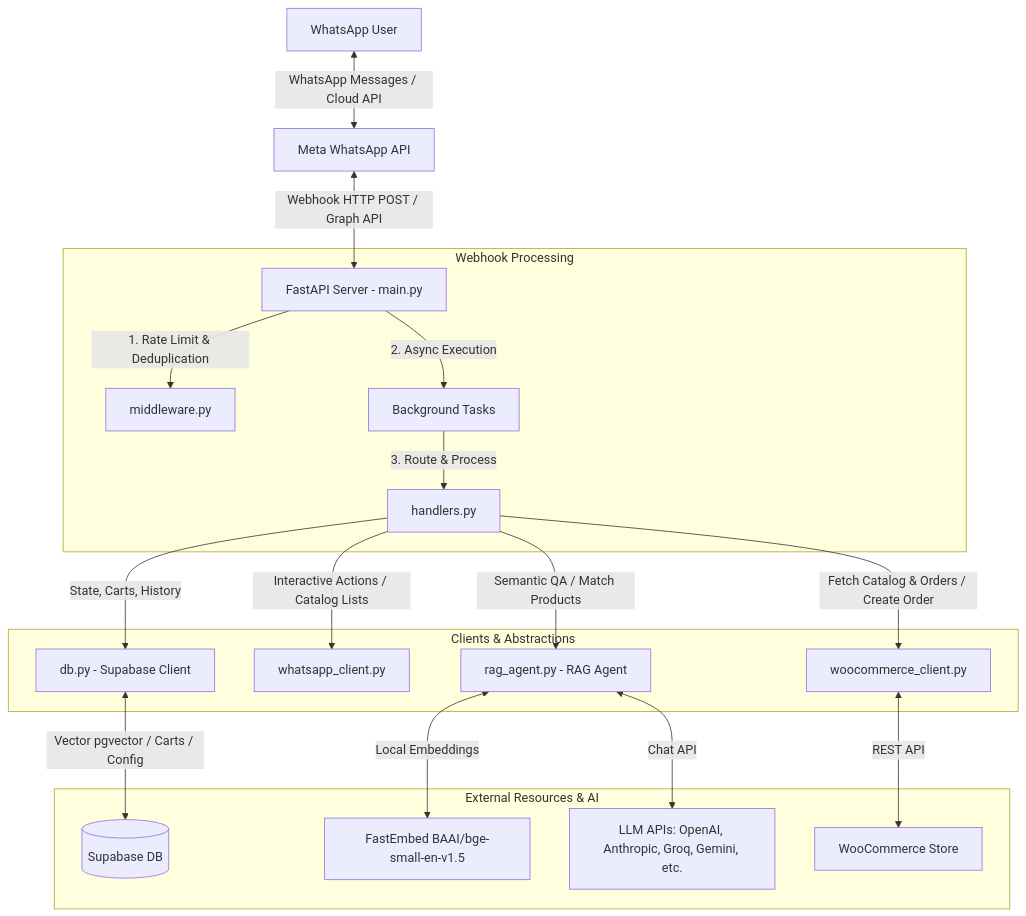
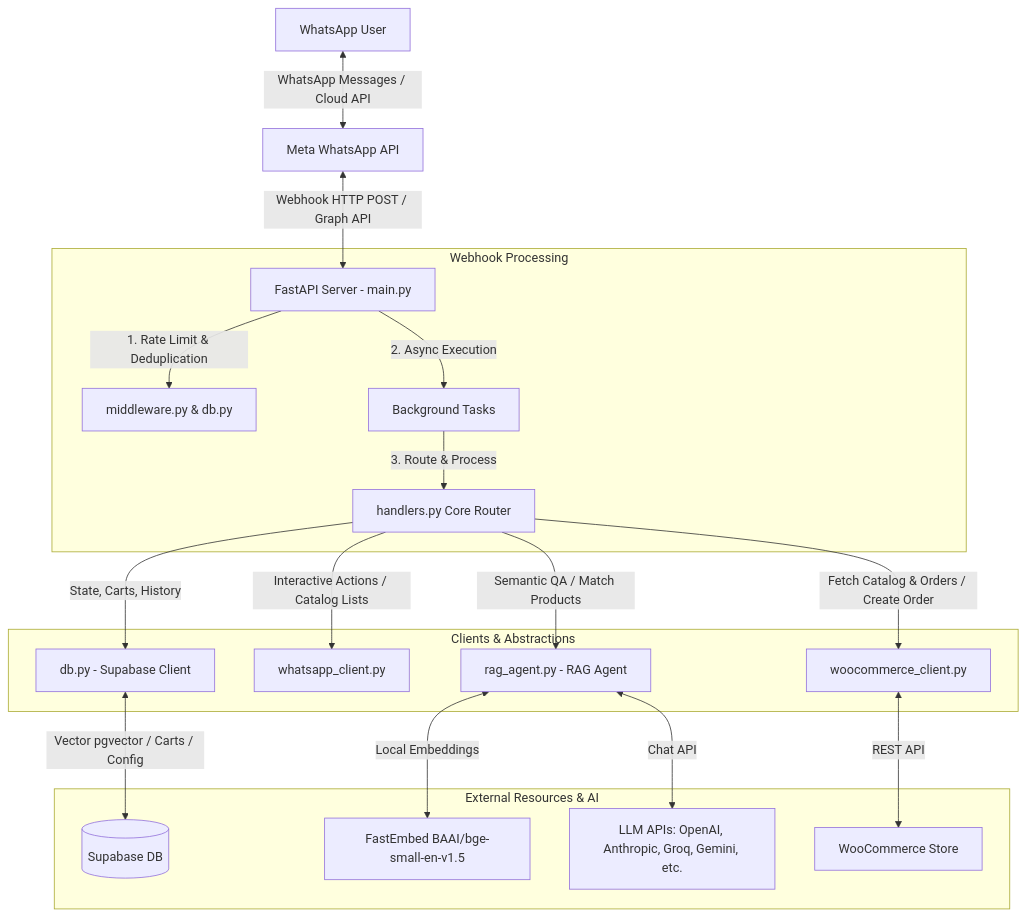
The diagram in codebase_review.md (Sajid-ul-Islam/WooCom_WhatsApp_Bot), drawn with Mermaid before and after one commit. The commit also changed other lines of this file and 8 other files, not shown here.

````diff
--- a/codebase_review.md
+++ b/codebase_review.md
@@ -11,25 +11,25 @@
 ```mermaid
 graph TD
     User[WhatsApp User] <-->|WhatsApp Messages / Cloud API| MetaAPI[Meta WhatsApp API]
     MetaAPI <-->|Webhook HTTP POST / Graph API| WebServer[FastAPI Server - main.py]
     
     subgraph Webhook Processing
-        WebServer -->|1. Rate Limit & Deduplication| Middleware[middleware.py]
+        WebServer -->|1. Rate Limit & Deduplication| Middleware[middleware.py & db.py]
         WebServer -->|2. Async Execution| BGTasks[Background Tasks]
-        BGTasks -->|3. Route & Process| Handlers[handlers.py]
+        BGTasks -->|3. Route & Process| Handlers[handlers.py Core Router]
     end
     
     subgraph Clients & Abstractions
         Handlers -->|State, Carts, History| DB[db.py - Supabase Client]
         Handlers -->|Interactive Actions / Catalog Lists| WA[whatsapp_client.py]
         Handlers -->|Fetch Catalog & Orders / Create Order| WC[woocommerce_client.py]
         Handlers -->|Semantic QA / Match Products| RAG[rag_agent.py - RAG Agent]
     end
     
     subgraph External Resources & AI
         DB <-->|Vector pgvector / Carts / Config| Supabase[(Supabase DB)]
         RAG <-->|Local Embeddings| FastEmbed[FastEmbed BAAI/bge-small-en-v1.5]
         RAG <-->|Chat API| LLM[LLM APIs: OpenAI, Anthropic, Groq, Gemini, etc.]
         WC <-->|REST API| WooCommerce[WooCommerce Store]
     end
 ```
````
